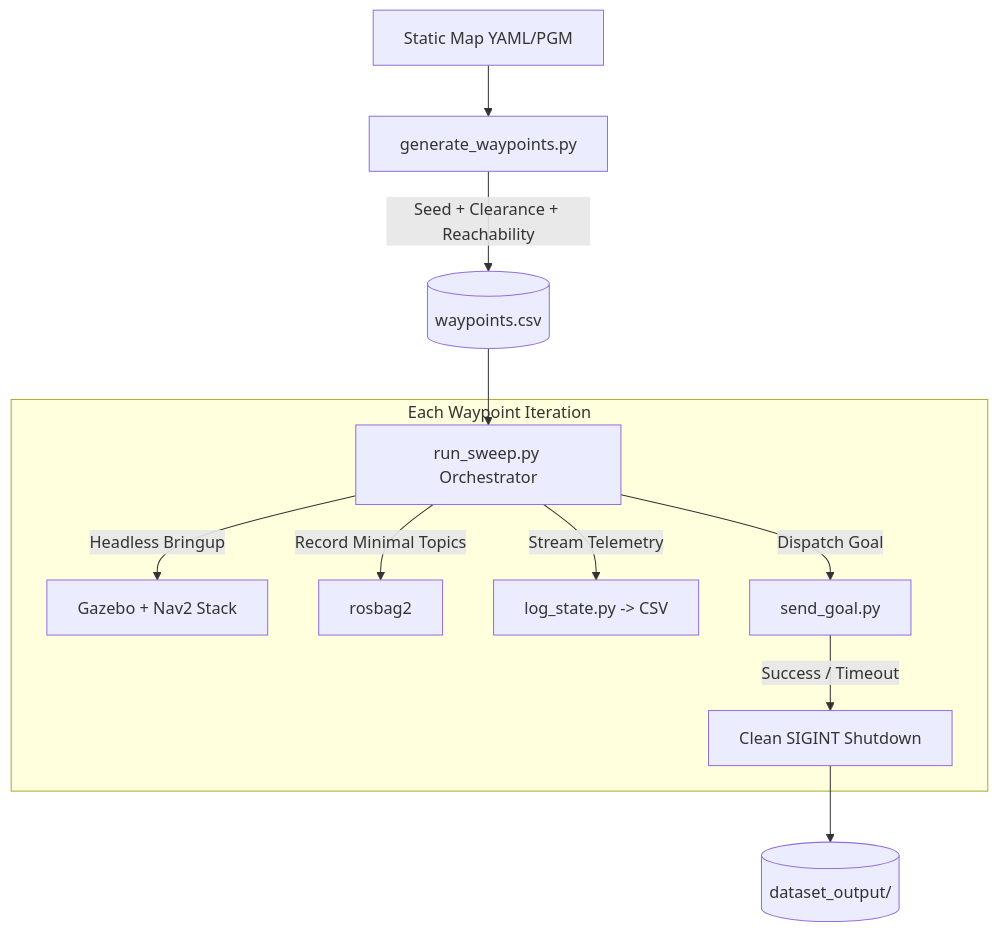
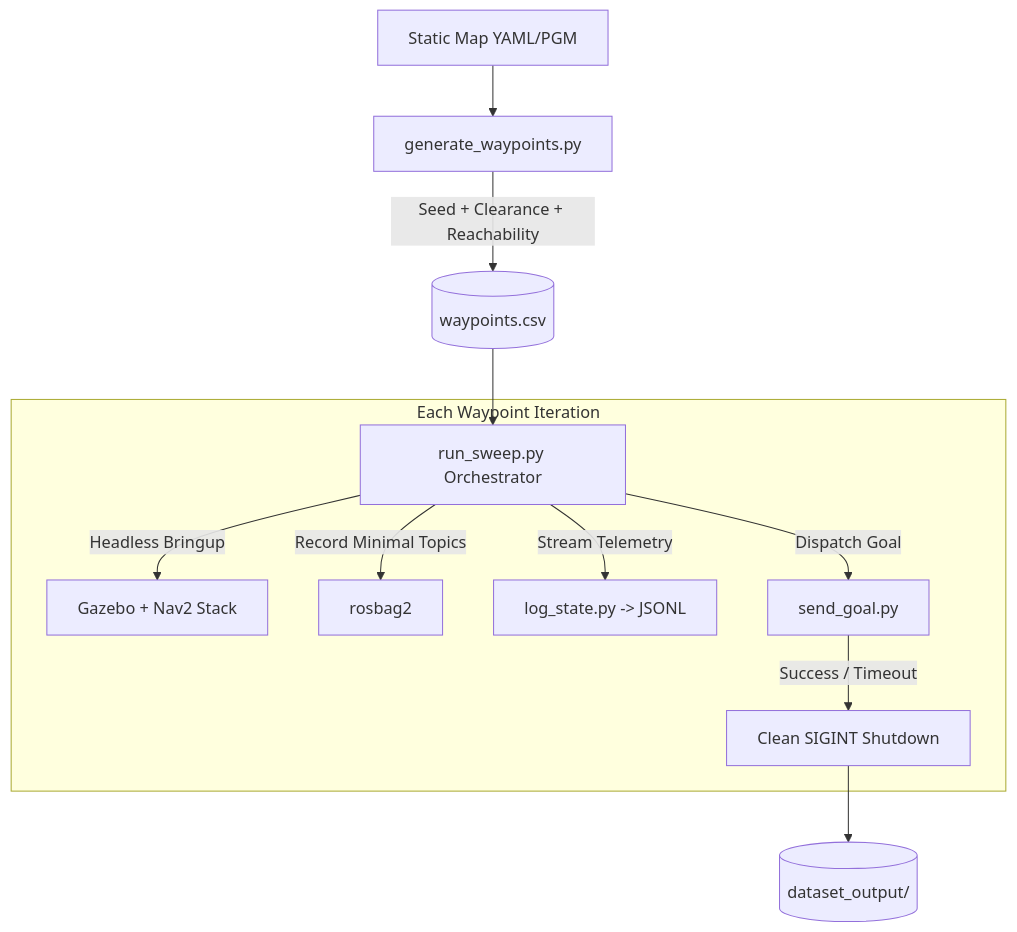
Before and after one commit to Herschenglime/husky-sim: the diagram in src/nav_worlds/doc/SIMULATION_SWEEP.md, drawn with Mermaid. The commit also changed other lines of this file and 6 other files, not shown here.

````diff
--- a/src/nav_worlds/doc/SIMULATION_SWEEP.md
+++ b/src/nav_worlds/doc/SIMULATION_SWEEP.md
@@ -11,16 +11,16 @@
 ```mermaid
 flowchart TD
     Map[Static Map YAML/PGM] --> GW[generate_waypoints.py]
     GW -->|Seed + Clearance + Reachability| WP[(waypoints.csv)]
     WP --> Runner[run_sweep.py Orchestrator]
     
     subgraph Iteration [Each Waypoint Iteration]
         Runner -->|Headless Bringup| GZ[Gazebo + Nav2 Stack]
         Runner -->|Record Minimal Topics| Bag[rosbag2]
-        Runner -->|Stream Telemetry| Log[log_state.py -> CSV]
+        Runner -->|Stream Telemetry| Log[log_state.py -> JSONL]
         Runner -->|Dispatch Goal| Goal[send_goal.py]
         Goal -->|Success / Timeout| Teardown[Clean SIGINT Shutdown]
     end
     
     Teardown --> Dataset[(dataset_output/)]
 ```
````
